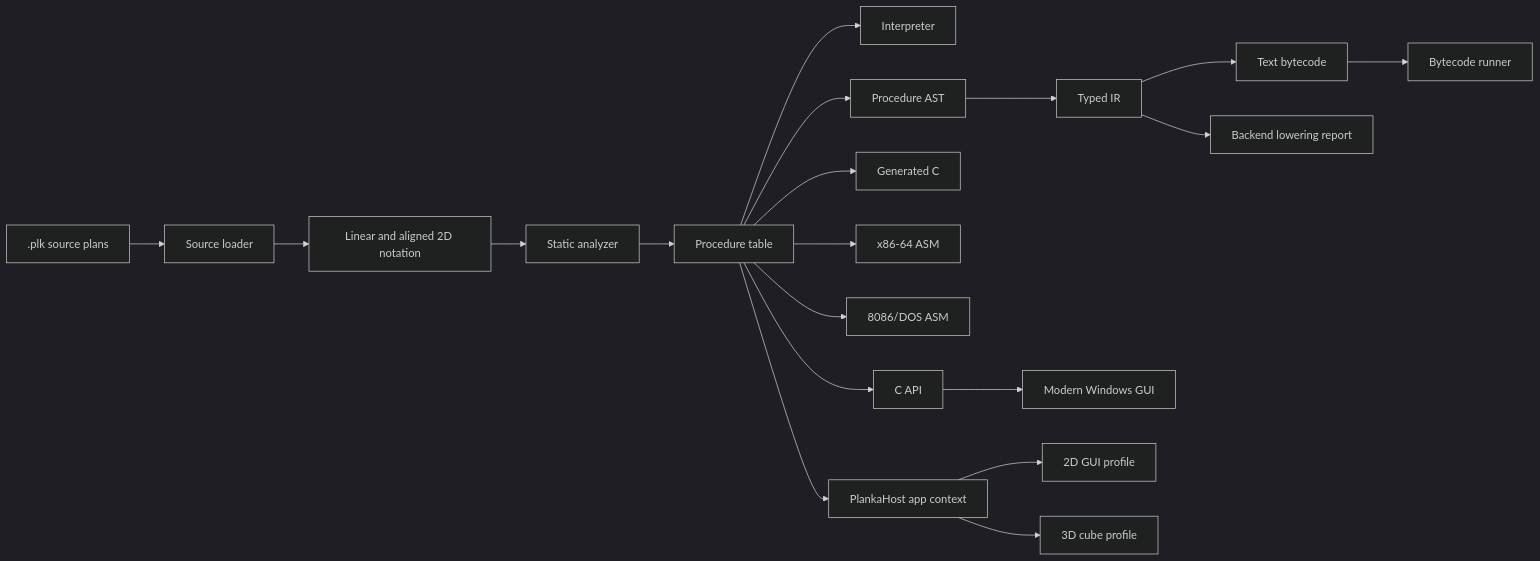
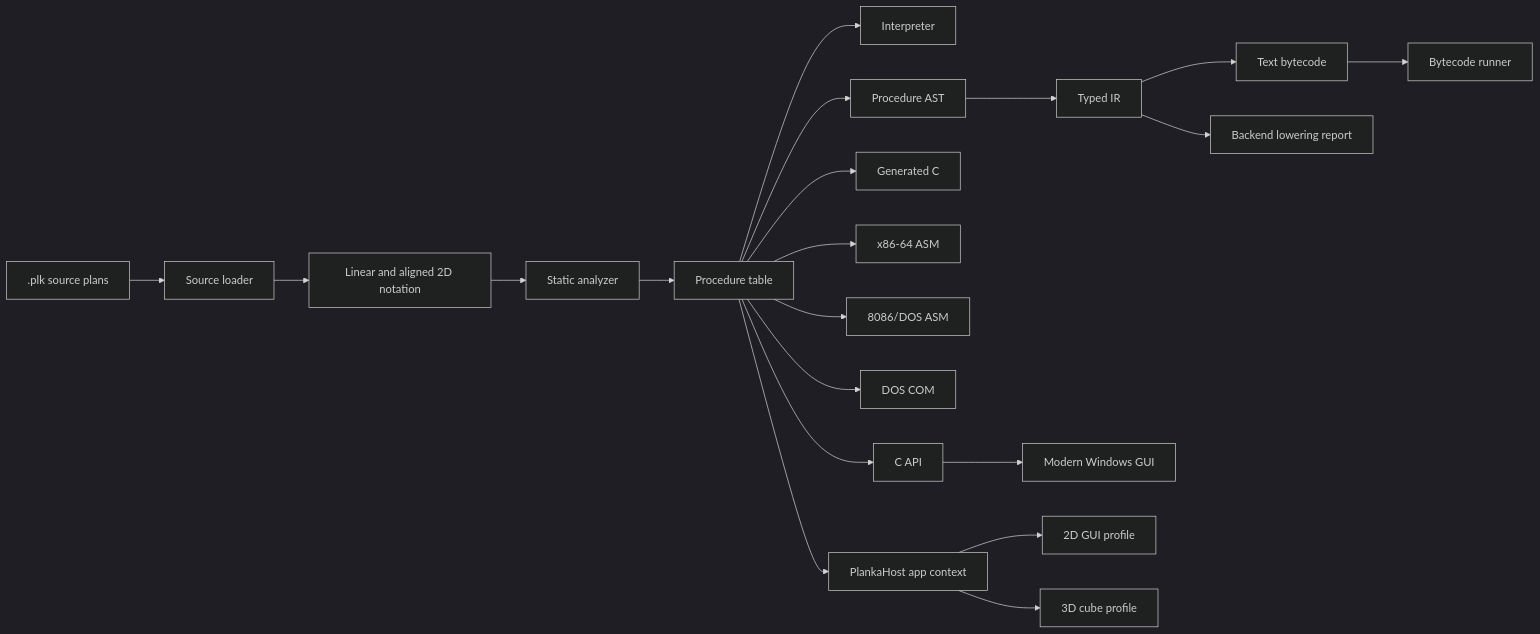
Before and after one commit to Olegie/PlankaC: the fourth of 6 diagrams in docs/infographic.md, drawn with Mermaid (dark theme). The commit also changed other lines of this file and 54 other files, not shown here.

````diff
--- a/docs/infographic.md
+++ b/docs/infographic.md
@@ -81,23 +83,24 @@
 ```mermaid
 flowchart LR
     PLK[".plk source plans"] --> Loader["Source loader"]
     Loader --> Notation["Linear and aligned 2D notation"]
     Notation --> Analyzer["Static analyzer"]
     Analyzer --> Table["Procedure table"]
 
     Table --> Run["Interpreter"]
     Table --> AST["Procedure AST"]
     AST --> TIR["Typed IR"]
     TIR --> BC["Text bytecode"]
     TIR --> Lower["Backend lowering report"]
     Table --> CGen["Generated C"]
     Table --> ASM64["x86-64 ASM"]
     Table --> ASM86["8086/DOS ASM"]
+    Table --> DOSCOM["DOS COM"]
     Table --> API["C API"]
     Table --> Host["PlankaHost app context"]
 
     API --> GUI["Modern Windows GUI"]
     Host --> GUI2["2D GUI profile"]
     Host --> Cube["3D cube profile"]
     BC --> BCRun["Bytecode runner"]
 ```
````
